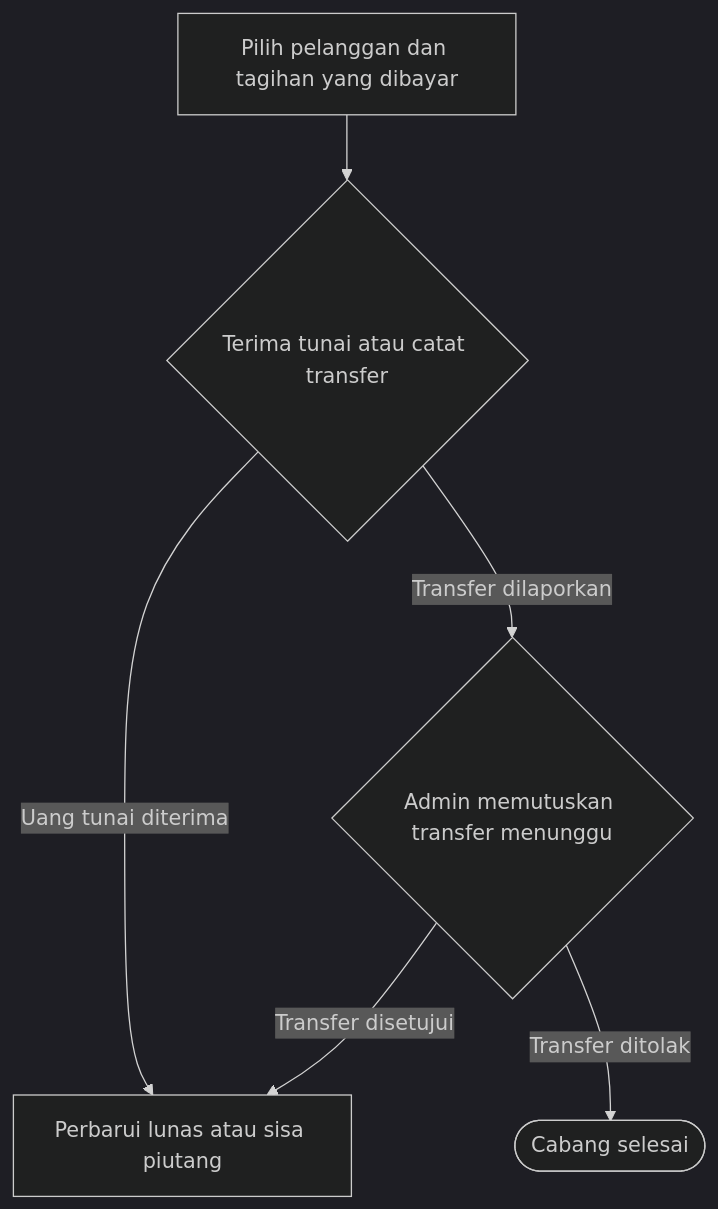
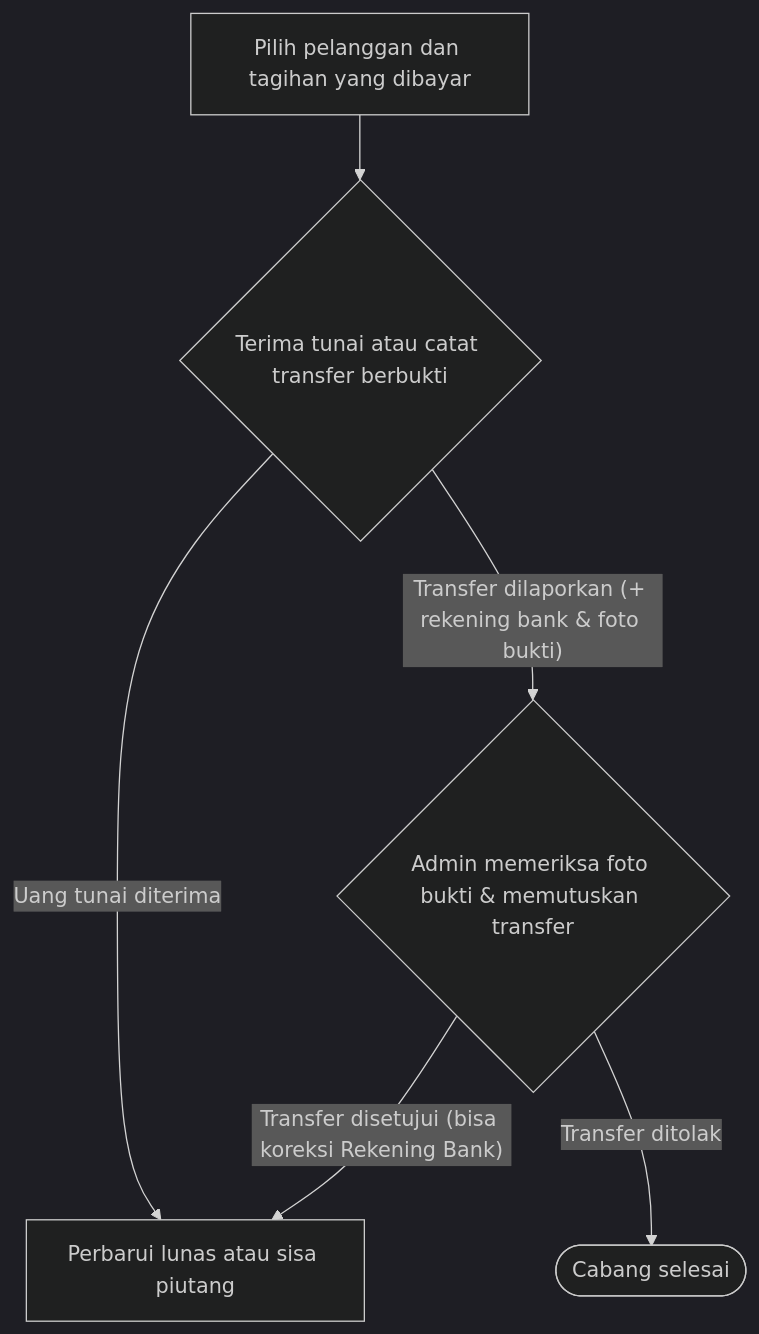
One commit to Bagas10k/kasir-bangunan changed the fourth of 10 diagrams in docx/DIAGRAM.md. Above: the diagram before and after it, drawn with Mermaid (dark theme). The commit also changed other lines of this file and 52 other files, not shown here.

````diff
--- a/docx/DIAGRAM.md
+++ b/docx/DIAGRAM.md
@@ -109,13 +109,13 @@
 ```mermaid
 flowchart TD
     n0["Pilih pelanggan dan tagihan yang dibayar"]
-    n1{"Terima tunai atau catat transfer"}
-    n2{"Admin memutuskan transfer menunggu"}
+    n1{"Terima tunai atau catat transfer berbukti"}
+    n2{"Admin memeriksa foto bukti &amp; memutuskan transfer"}
     n3["Perbarui lunas atau sisa piutang"]
     n0 --> n1
     n1 -->|"Uang tunai diterima"| n3
-    n1 -->|"Transfer dilaporkan"| n2
-    n2 -->|"Transfer disetujui"| n3
+    n1 -->|"Transfer dilaporkan (+ rekening bank &amp; foto bukti)"| n2
+    n2 -->|"Transfer disetujui (bisa koreksi Rekening Bank)"| n3
     end0(["Cabang selesai"])
     n2 -->|"Transfer ditolak"| end0
 ```
````
